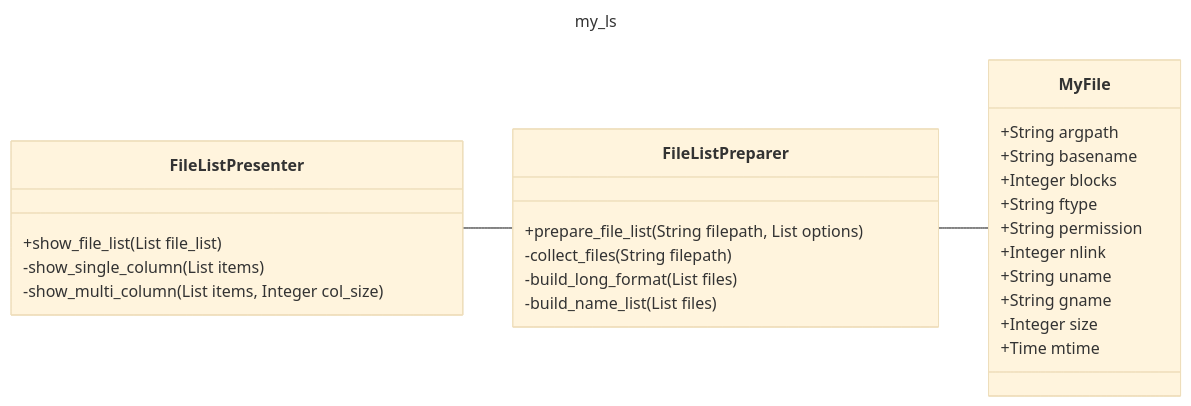
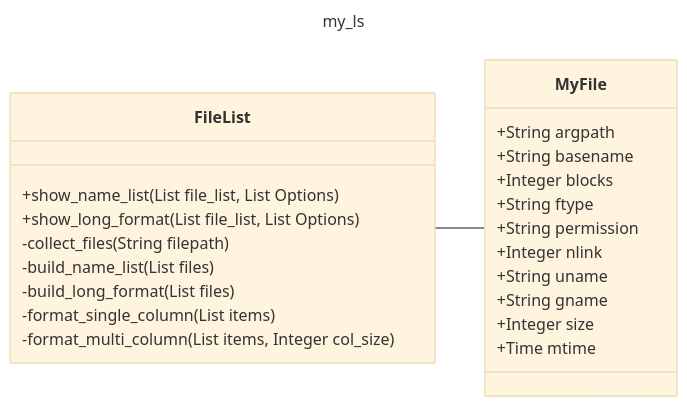
Before and after one commit to miyanew/ruby-practices: the diagram in 07.ls_object/doc/class_diagram.md, drawn with Mermaid (base theme).

Commit message:
クラス図の修正。FileListに改名してMyFileを扱う処理を集約。

````diff
--- a/07.ls_object/doc/class_diagram.md
+++ b/07.ls_object/doc/class_diagram.md
@@ -1,33 +1,30 @@
 ```mermaid
 ---
 title: my_ls
 ---
 
 classDiagram
     direction LR
-    FileListPresenter -- FileListPreparer
-    FileListPreparer -- MyFile
-    class FileListPresenter{
-      +show_file_list(List file_list)
-      -show_single_column(List items)
-      -show_multi_column(List items, Integer col_size)
-    }
-    class FileListPreparer{
-      +prepare_file_list(String filepath, List options)
+    FileList -- MyFile
+    class FileList{
+      +show_name_list(List file_list, List Options)
+      +show_long_format(List file_list, List Options)
       -collect_files(String filepath)
+      -build_name_list(List files)
       -build_long_format(List files)
-      -build_name_list(List files)
+      -format_single_column(List items)
+      -format_multi_column(List items, Integer col_size)
     }
     class MyFile{
       +String argpath
       +String basename
       +Integer blocks
       +String ftype
       +String permission
       +Integer nlink
       +String uname
       +String gname
       +Integer size
       +Time mtime
     }
 ```
````
